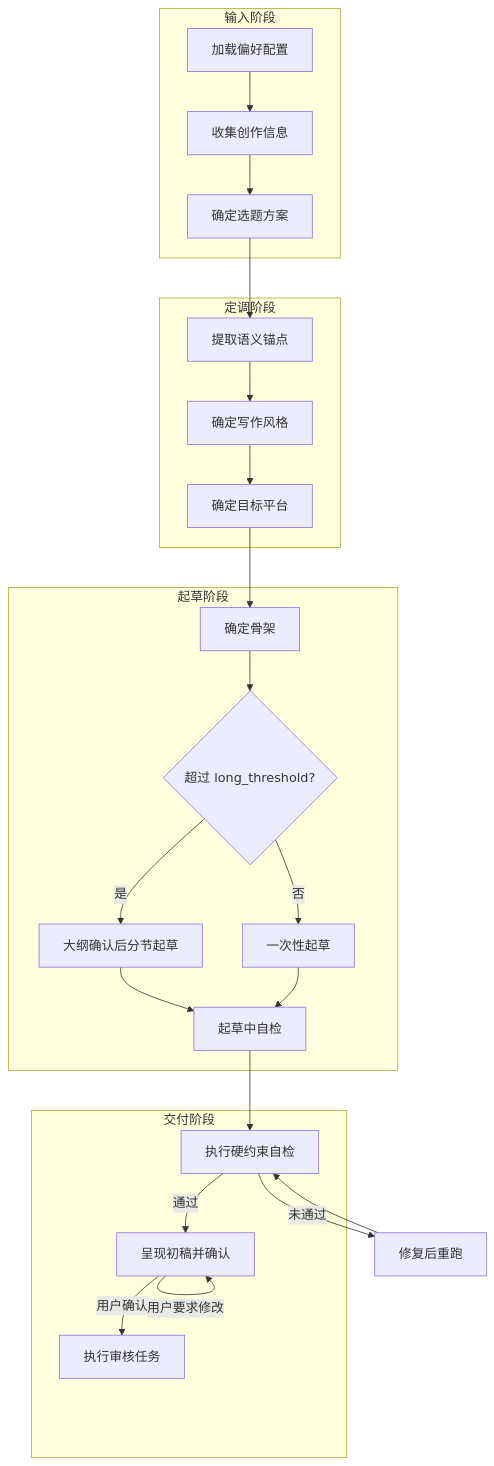
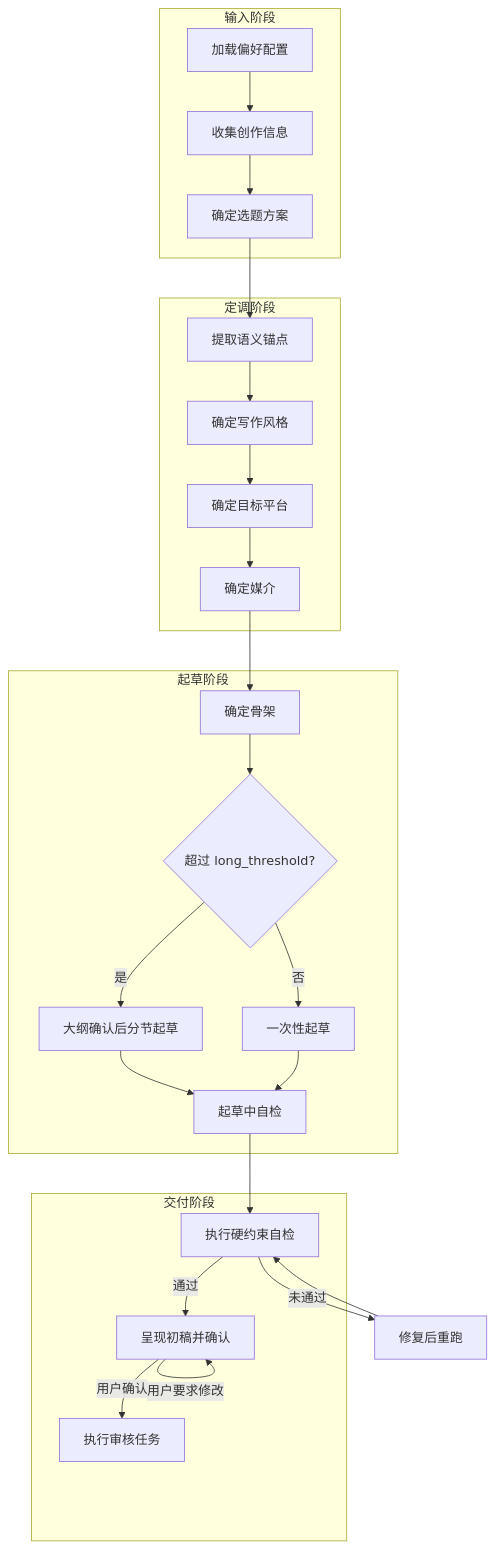
One commit to AllynYonge/yonge-agent-toolset changed the diagram in skills/human-media-writer/references/workflows/craft.md. Above: the diagram before and after it, drawn with Mermaid. The commit also changed other lines of this file and 87 other files, not shown here.

````diff
--- a/skills/human-media-writer/references/workflows/craft.md
+++ b/skills/human-media-writer/references/workflows/craft.md
@@ -7,38 +7,39 @@
 ```mermaid
 flowchart TD
     subgraph 输入阶段
         S1[加载偏好配置]
         S2[收集创作信息]
         S3[确定选题方案]
     end
 
     subgraph 定调阶段
         S4[提取语义锚点]
         S5[确定写作风格]
         S6[确定目标平台]
+        S6M[确定媒介]
     end
 
     subgraph 起草阶段
         S7A[确定骨架]
         S7B{超过 long_threshold?}
         S7C[大纲确认后分节起草]
         S7D[一次性起草]
         S7E[起草中自检]
     end
 
     subgraph 交付阶段
         S8[执行硬约束自检]
         S9[呈现初稿并确认]
         S10[执行审核任务]
     end
 
-    S1 --> S2 --> S3 --> S4 --> S5 --> S6 --> S7A --> S7B
+    S1 --> S2 --> S3 --> S4 --> S5 --> S6 --> S6M --> S7A --> S7B
     S7B -->|是| S7C --> S7E
     S7B -->|否| S7D --> S7E
     S7E --> S8
     S8 -->|未通过| S8fix[修复后重跑]
     S8fix --> S8
     S8 -->|通过| S9
     S9 -->|用户要求修改| S9
     S9 -->|用户确认| S10
 ```
````
